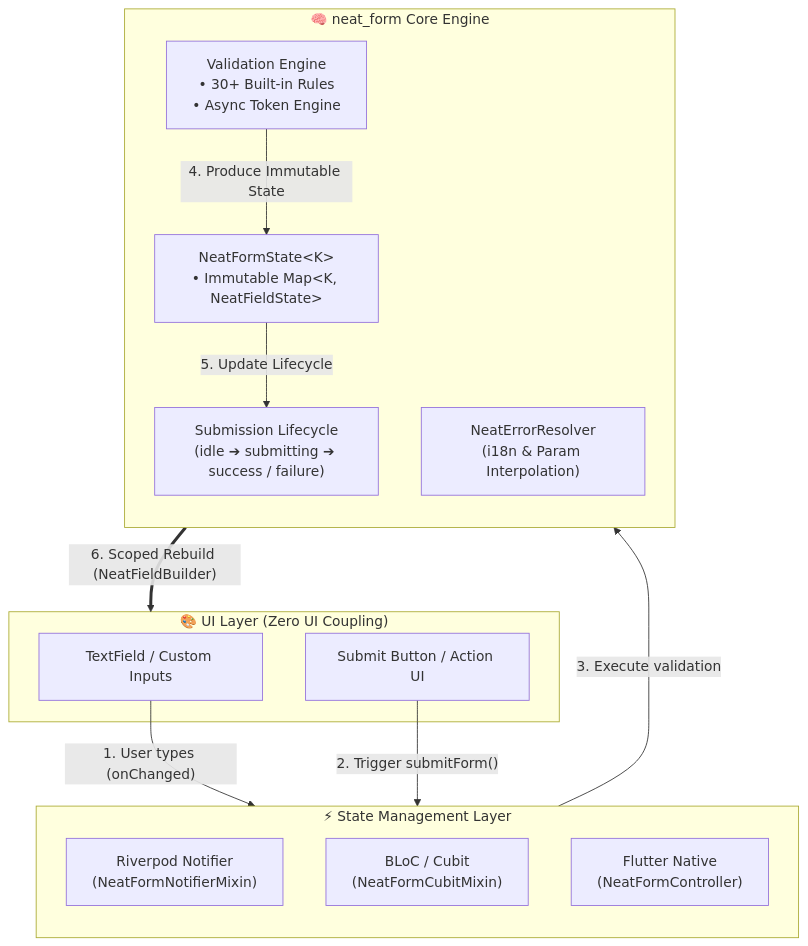
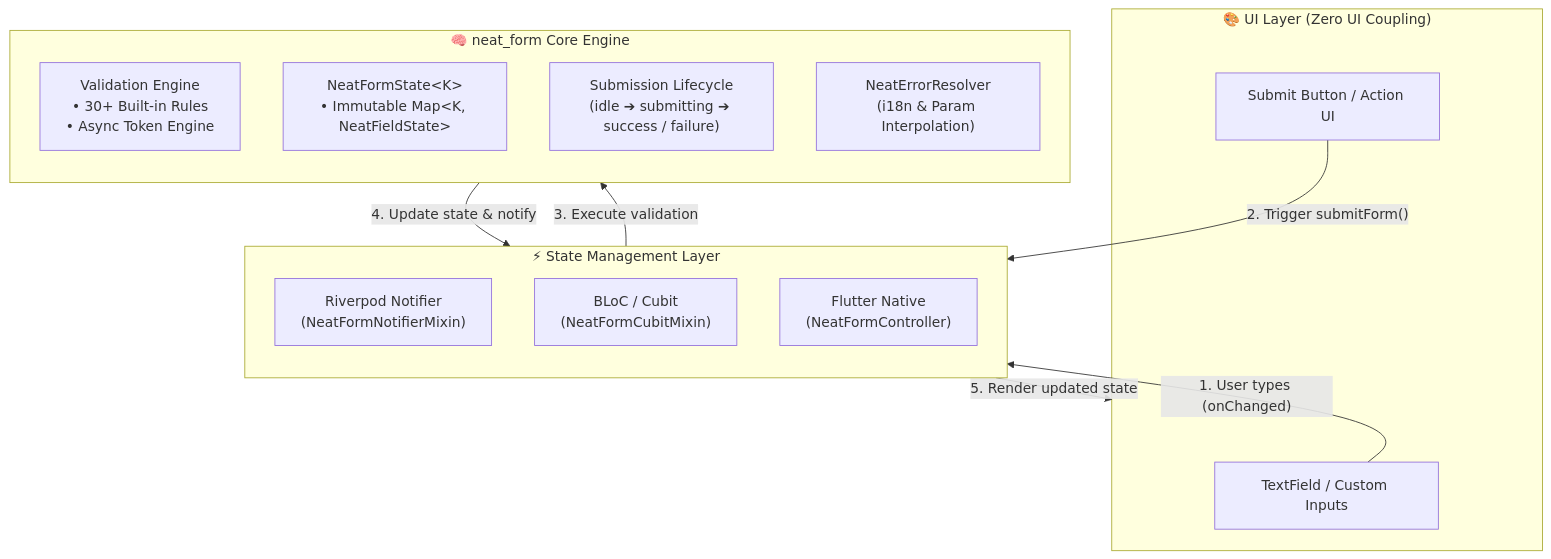
Before and after one commit to datnguyennt/neat_form: the diagram in README_EN.md, drawn with Mermaid. The commit also changed other lines of this file and 1 other file, not shown here.

````diff
--- a/README_EN.md
+++ b/README_EN.md
@@ -75,29 +69,28 @@
 ```mermaid
 flowchart TD
     subgraph UI["🎨 UI Layer (Zero UI Coupling)"]
         Input["TextField / Custom Inputs"]
         Btn["Submit Button / Action UI"]
     end
 
     subgraph StateMgmt["⚡ State Management Layer"]
         direction TB
         Riverpod["Riverpod Notifier<br/>(NeatFormNotifierMixin)"]
         Bloc["BLoC / Cubit<br/>(NeatFormCubitMixin)"]
         Native["Flutter Native<br/>(NeatFormController)"]
     end
 
     subgraph CoreEngine["🧠 neat_form Core Engine"]
         direction TB
         Validators["Validation Engine<br/>• 30+ Built-in Rules<br/>• Async Token Engine"]
         FormState["NeatFormState&lt;K&gt;<br/>• Immutable Map&lt;K, NeatFieldState&gt;"]
         Lifecycle["Submission Lifecycle<br/>(idle ➔ submitting ➔ success / failure)"]
         Resolver["NeatErrorResolver<br/>(i18n & Param Interpolation)"]
     end
 
     Input -->|"1. User types (onChanged)"| StateMgmt
     Btn -->|"2. Trigger submitForm()"| StateMgmt
     StateMgmt -->|"3. Execute validation"| Validators
-    Validators -->|"4. Produce Immutable State"| FormState
-    FormState -->|"5. Update Lifecycle"| Lifecycle
-    FormState ==>|"6. Scoped Rebuild (NeatFieldBuilder)"| UI
+    Validators -->|"4. Update state & notify"| StateMgmt
+    StateMgmt -->|"5. Render updated state"| UI
 ```
````
